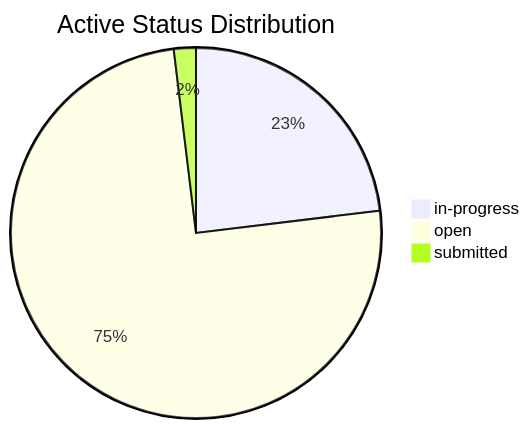
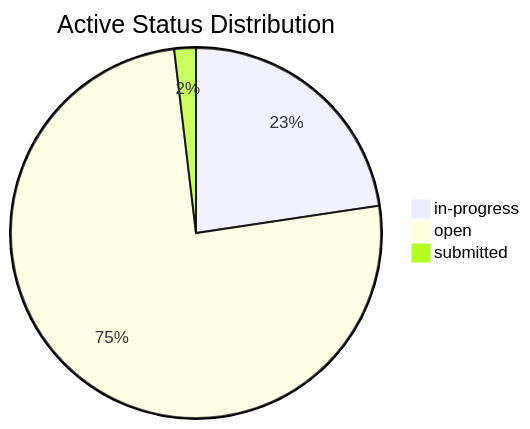
The second of 3 diagrams in dashboard.md (mgosal/5et.uk), drawn with Mermaid before and after one commit. The commit also changed other lines of this file and 2 other files, not shown here.

````diff
--- a/dashboard.md
+++ b/dashboard.md
@@ -132,6 +133,6 @@
 ```mermaid
 pie title Active Status Distribution
     "in-progress" : 12
-    "open" : 39
+    "open" : 40
     "submitted" : 1
 ```
````
